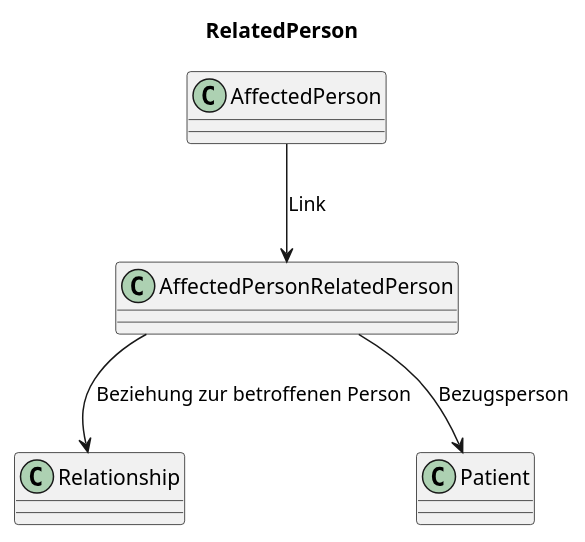
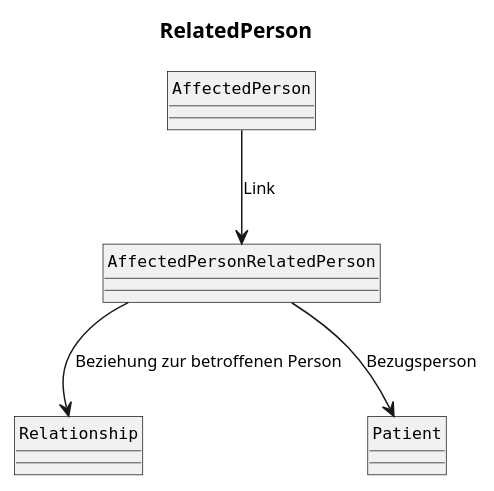
One commit to robert-koch-institut/rki.emiga.common changed the diagram in rki.emiga.common/guides/implementationguides.common/PlantUML/PersonRelatedPersonOverview.puml. Above: the diagram before and after it, drawn with PlantUML. The commit also changed 32 other files, not shown here.

```diff
--- a/rki.emiga.common/guides/implementationguides.common/PlantUML/PersonRelatedPersonOverview.puml
+++ b/rki.emiga.common/guides/implementationguides.common/PlantUML/PersonRelatedPersonOverview.puml
@@ -2,21 +1,31 @@
 @startuml
 
-title RelatedPerson 
+title RelatedPerson
+
+skinparam shadowing false
+skinparam roundcorner 0
+skinparam linetype spline
+skinparam classAttributeIconSize 0
+skinparam defaultFontName Arial
+skinparam defaultFontSize 11
+skinparam classAttributeFontName Monospaced
+
+hide circle
 
 class AffectedPerson{
 }
 class Relationship{
 }
 class AffectedPersonRelatedPerson {
 }
 class Patient {
 }
 class Relationship{
 }
 
 AffectedPerson --> AffectedPersonRelatedPerson: Link
 
 AffectedPersonRelatedPerson --> Patient: Bezugsperson
 AffectedPersonRelatedPerson --> Relationship: Beziehung zur betroffenen Person
 
 @enduml
```
